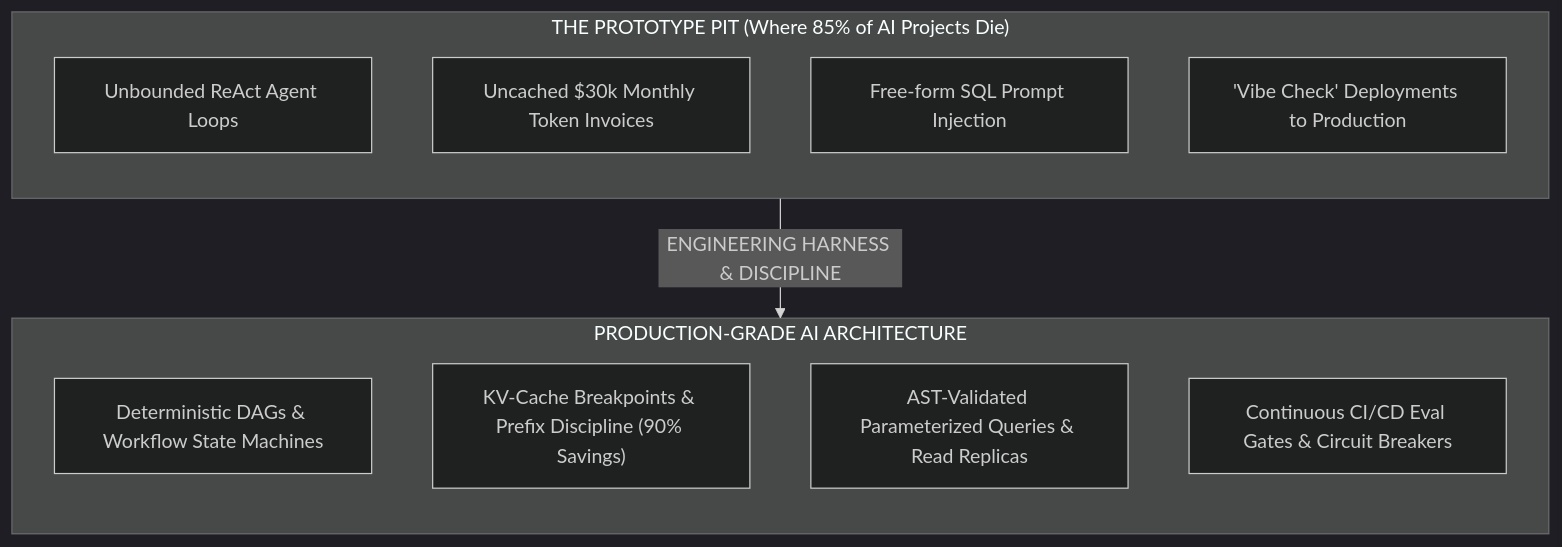
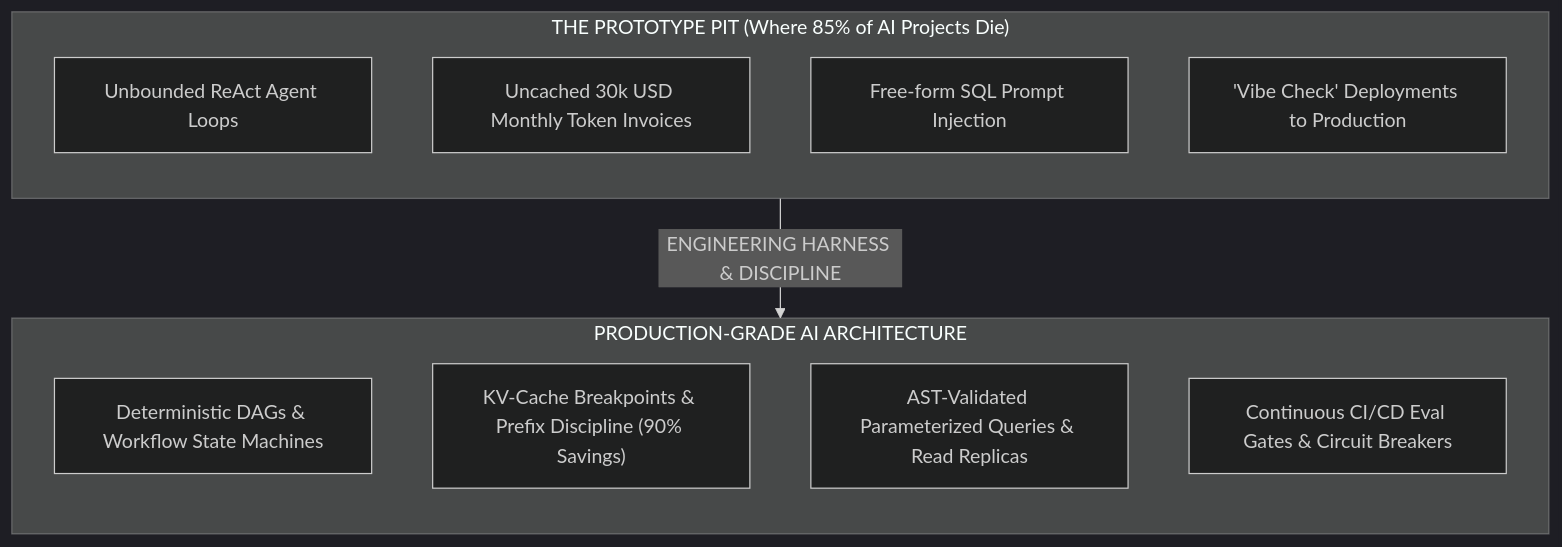
Before and after one commit to dip4k/senior-engineer-to-ai-engineer-roadmap: the first of 15 diagrams in resources/beginner-mistakes-cheatsheet.md, drawn with Mermaid (dark theme). The commit also changed other lines of this file and 19 other files, not shown here.

````diff
--- a/resources/beginner-mistakes-cheatsheet.md
+++ b/resources/beginner-mistakes-cheatsheet.md
@@ -7,20 +7,20 @@
 ```mermaid
 flowchart TD
     subgraph PrototypePit["THE PROTOTYPE PIT (Where 85% of AI Projects Die)"]
         direction TB
         P1["Unbounded ReAct Agent Loops"]
-        P2["Uncached $30k Monthly Token Invoices"]
+        P2["Uncached 30k USD Monthly Token Invoices"]
         P3["Free-form SQL Prompt Injection"]
         P4["'Vibe Check' Deployments to Production"]
     end
 
     PrototypePit -- "ENGINEERING HARNESS & DISCIPLINE" --> ProdReady
 
     subgraph ProdReady["PRODUCTION-GRADE AI ARCHITECTURE"]
         direction TB
         R1["Deterministic DAGs & Workflow State Machines"]
         R2["KV-Cache Breakpoints & Prefix Discipline (90% Savings)"]
         R3["AST-Validated Parameterized Queries & Read Replicas"]
         R4["Continuous CI/CD Eval Gates & Circuit Breakers"]
     end
 ```
````
